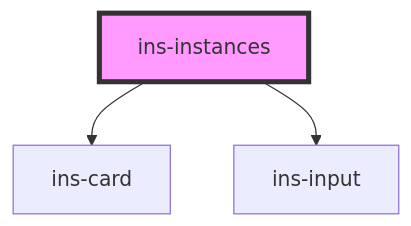
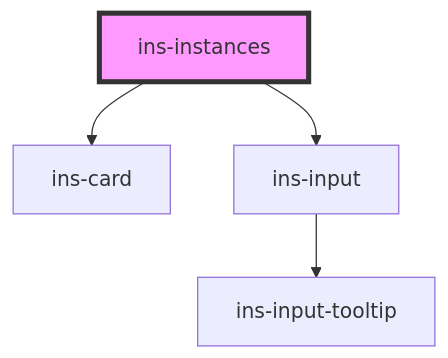
Before and after one commit to insites-io/insites-components-v2: the diagram in components/src/components/ins-instances/readme.md, drawn with Mermaid. The commit also changed 21 other files, not shown here.

````diff
--- a/components/src/components/ins-instances/readme.md
+++ b/components/src/components/ins-instances/readme.md
@@ -34,6 +34,7 @@
 ```mermaid
 graph TD;
   ins-instances --> ins-card
   ins-instances --> ins-input
+  ins-input --> ins-input-tooltip
   style ins-instances fill:#f9f,stroke:#333,stroke-width:4px
 ```
````
